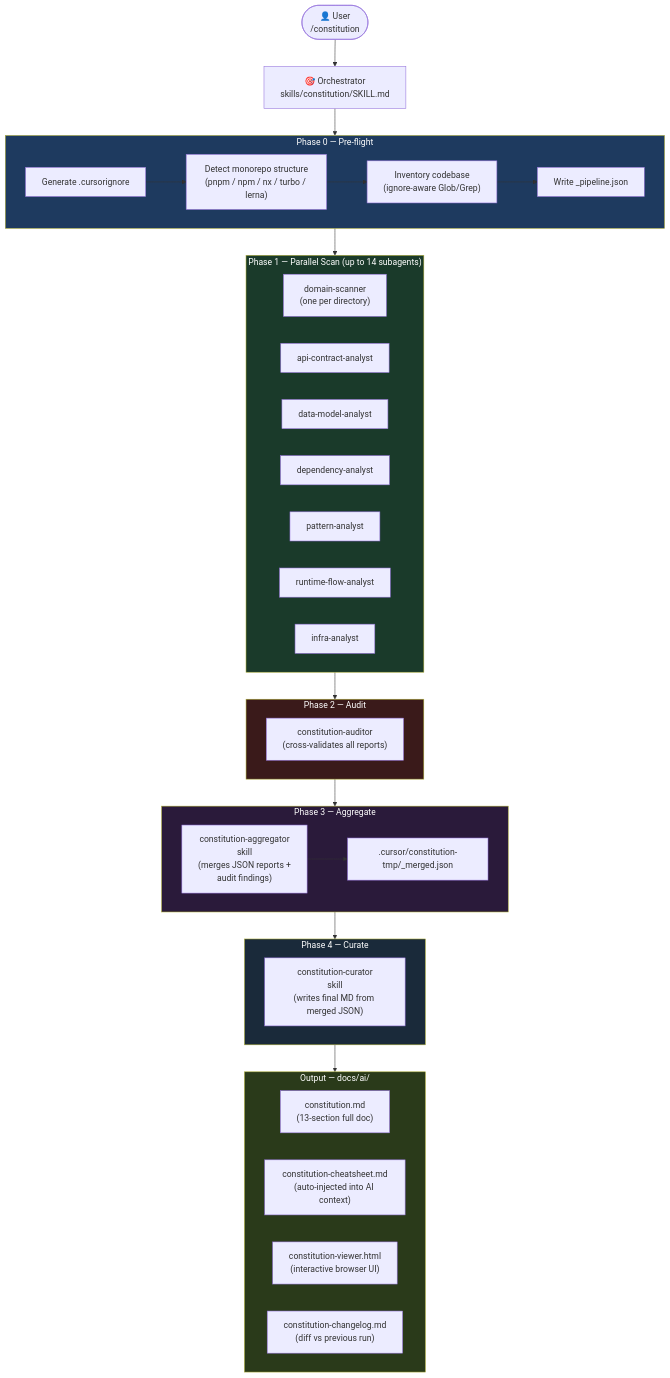
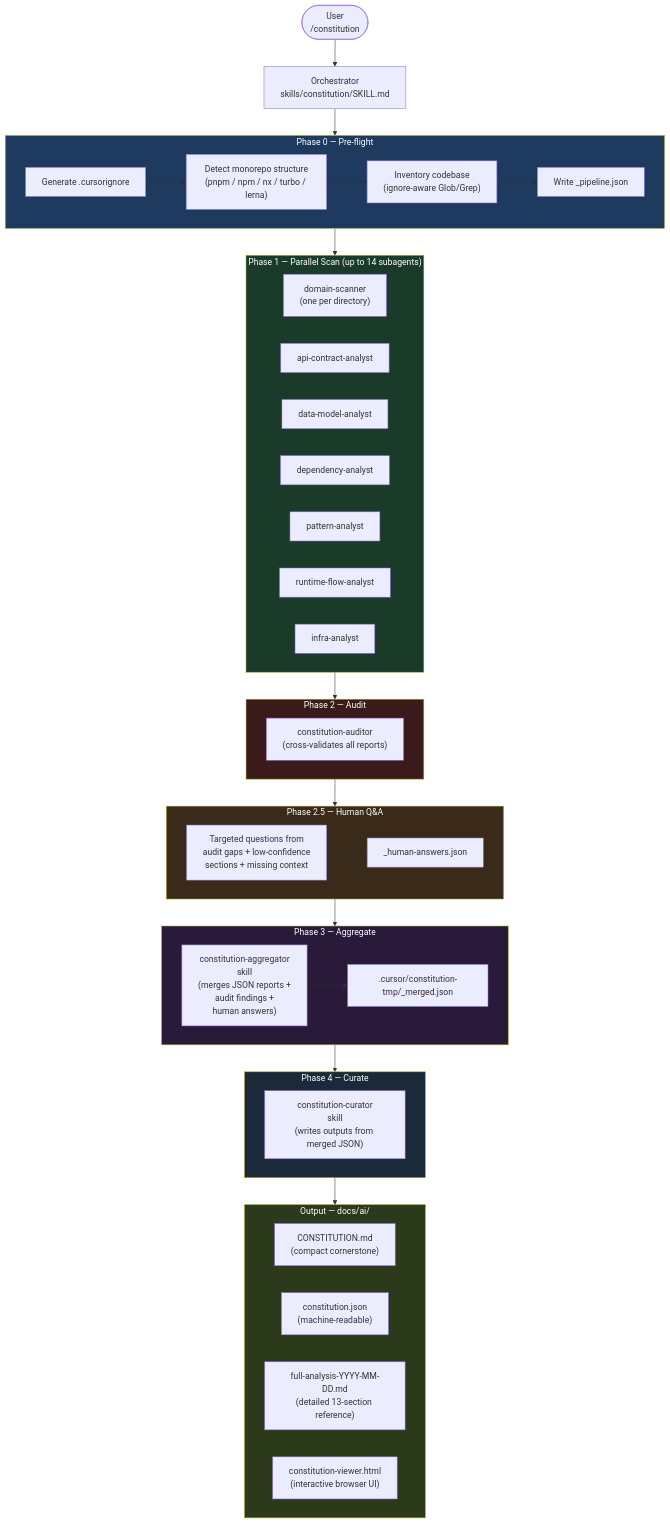
One commit to Q-Agency/legacy_ai_analyser changed the diagram in README.md. Above: the diagram before and after it, drawn with Mermaid. The commit also changed other lines of this file and 17 other files, not shown here.

First line of the commit message:
Align docs, harden agents, restore curator template, add human Q&A phase

````diff
--- a/README.md
+++ b/README.md
@@ -186,55 +192,62 @@
 ```mermaid
 flowchart TD
-    User(["👤 User\n/constitution"])
-    Orch["🎯 Orchestrator\nskills/constitution/SKILL.md"]
+    User(["User\n/constitution"])
+    Orch["Orchestrator\nskills/constitution/SKILL.md"]
 
     subgraph Phase0["Phase 0 — Pre-flight"]
         PF1["Generate .cursorignore"]
         PF2["Detect monorepo structure\n(pnpm / npm / nx / turbo / lerna)"]
         PF3["Inventory codebase\n(ignore-aware Glob/Grep)"]
         PF4["Write _pipeline.json"]
         PF1 --> PF2 --> PF3 --> PF4
     end
 
     subgraph Phase1["Phase 1 — Parallel Scan (up to 14 subagents)"]
         direction LR
         DS["domain-scanner\n(one per directory)"]
         API["api-contract-analyst"]
         DM["data-model-analyst"]
         DEP["dependency-analyst"]
         PAT["pattern-analyst"]
         RT["runtime-flow-analyst"]
         INFRA["infra-analyst"]
     end
 
     subgraph Phase2["Phase 2 — Audit"]
         AUD["constitution-auditor\n(cross-validates all reports)"]
     end
 
+    subgraph Phase25["Phase 2.5 — Human Q&A"]
+        QA["Targeted questions from\naudit gaps + low-confidence\nsections + missing context"]
+        ANS["_human-answers.json"]
+        QA --> ANS
+    end
+
     subgraph Phase3["Phase 3 — Aggregate"]
-        AGG["constitution-aggregator\nskill\n(merges JSON reports +\naudit findings)"]
+        AGG["constitution-aggregator\nskill\n(merges JSON reports +\naudit findings +\nhuman answers)"]
         MRG[".cursor/constitution-tmp/_merged.json"]
         AGG --> MRG
     end
 
     subgraph Phase4["Phase 4 — Curate"]
-        CUR["constitution-curator\nskill\n(writes final MD from merged JSON)"]
+        CUR["constitution-curator\nskill\n(writes outputs from merged JSON)"]
     end
 
     subgraph Output["Output — docs/ai/"]
-        O1["constitution.md\n(13-section full doc)"]
-        O2["constitution-cheatsheet.md\n(auto-injected into AI context)"]
+        O1["CONSTITUTION.md\n(compact cornerstone)"]
+        O1b["constitution.json\n(machine-readable)"]
+        O2["full-analysis-YYYY-MM-DD.md\n(detailed 13-section reference)"]
         O3["constitution-viewer.html\n(interactive browser UI)"]
-        O4["constitution-changelog.md\n(diff vs previous run)"]
     end
 
     User --> Orch --> Phase0 --> Phase1
-    Phase1 --> Phase2 --> Phase3 --> Phase4 --> Output
+    Phase1 --> Phase2 --> Phase25 --> Phase3 --> Phase4 --> Output
 
     style Phase0 fill:#1e3a5f,color:#fff
     style Phase1 fill:#1a3a2a,color:#fff
     style Phase2 fill:#3a1a1a,color:#fff
+    style Phase25 fill:#3a2a1a,color:#fff
     style Phase3 fill:#2a1a3a,color:#fff
     style Phase4 fill:#1a2a3a,color:#fff
     style Output fill:#2a3a1a,color:#fff
 ```
````
